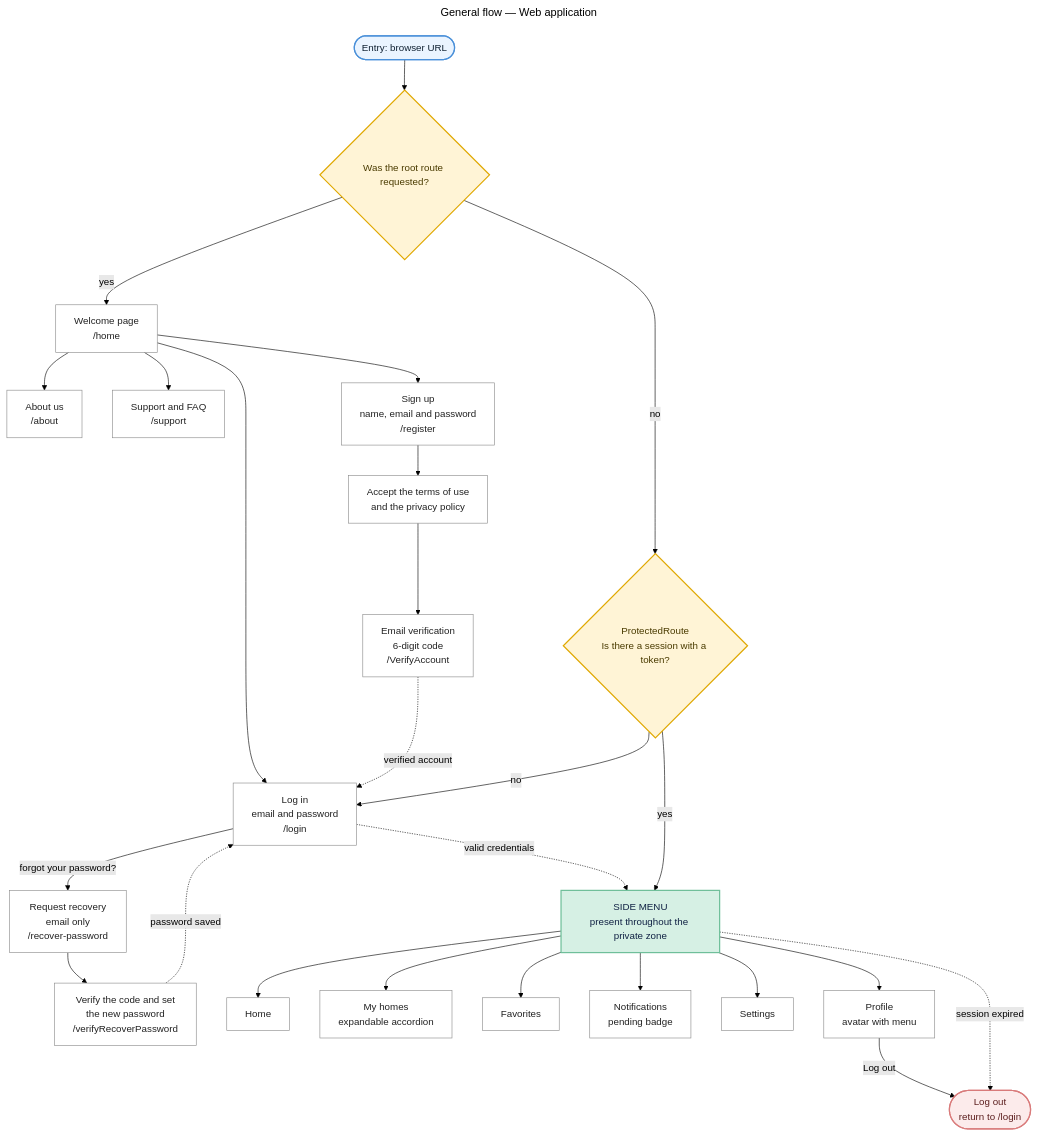
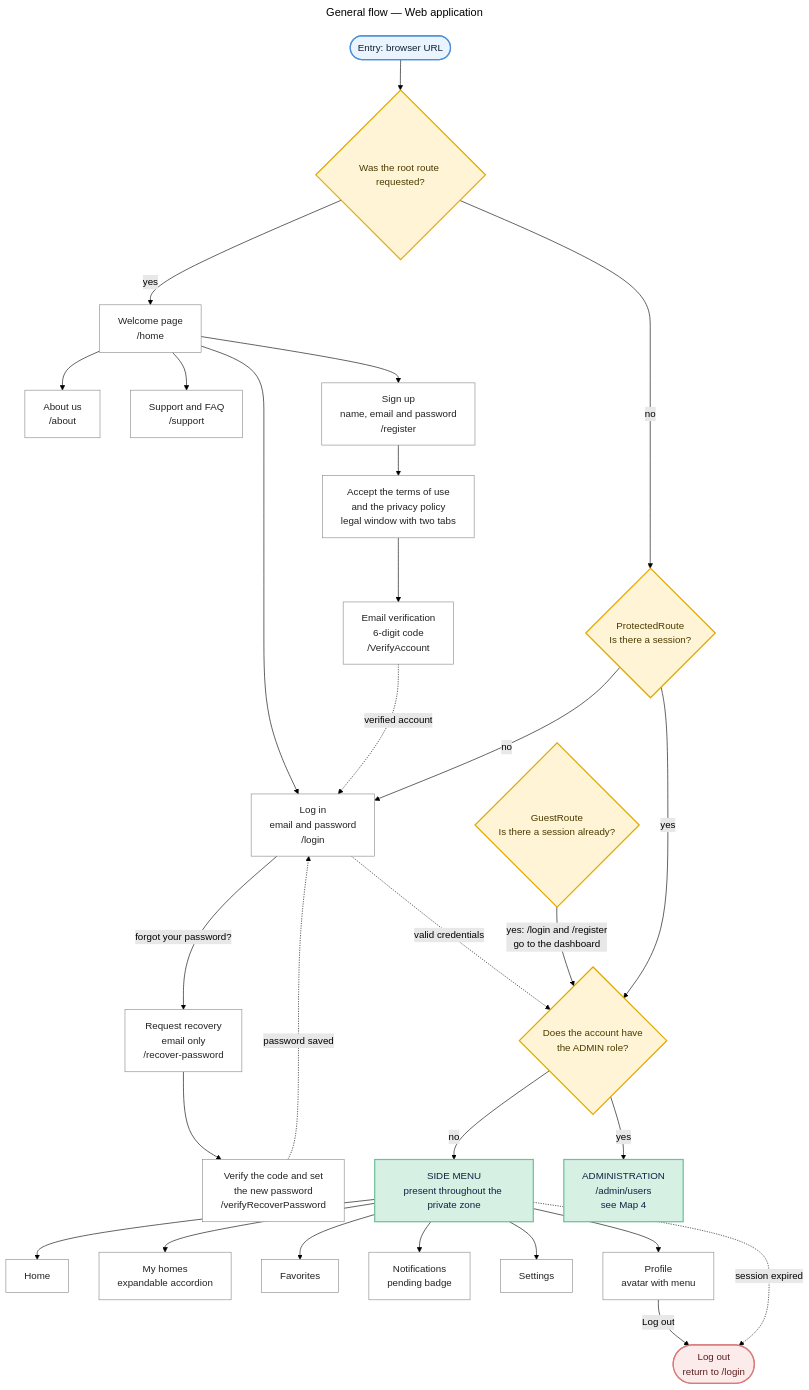
The first of 4 diagrams in 03-analisis-software/EN/navigation/web-navigation-map.md (Juan-Cortes2045/energy-monitor-docs-final), drawn with Mermaid (forest theme) before and after one commit. The commit also changed other lines of this file and 7 other files, not shown here.

````diff
--- a/03-analisis-software/EN/navigation/web-navigation-map.md
+++ b/03-analisis-software/EN/navigation/web-navigation-map.md
@@ -13,72 +13,79 @@
 ```mermaid
 ---
 title: General flow — Web application
 ---
 flowchart TD
 
   START([" Entry: browser URL "])
   REDIR{"Was the root route requested?"}
   START --> REDIR
   REDIR -->|"yes"| HOME
   REDIR -->|no| GUARD
 
   HOME["Welcome page<br/>/home"]
   ABOUT["About us<br/>/about"]
   SUPPORT["Support and FAQ<br/>/support"]
 
   HOME --> ABOUT
   HOME --> SUPPORT
   HOME --> LOGIN
   HOME --> REG
 
   LOGIN["Log in<br/>email and password<br/>/login"]
   REG["Sign up<br/>name, email and password<br/>/register"]
-  LEGAL["Accept the terms of use<br/>and the privacy policy"]
+  LEGAL["Accept the terms of use<br/>and the privacy policy<br/>legal window with two tabs"]
   VERIFY["Email verification<br/>6-digit code<br/>/VerifyAccount"]
   FORGOT["Request recovery<br/>email only<br/>/recover-password"]
   VRESET["Verify the code and set<br/>the new password<br/>/verifyRecoverPassword"]
 
   REG --> LEGAL
   LEGAL --> VERIFY
   LOGIN -->|"forgot your password?"| FORGOT
   FORGOT --> VRESET
 
   VERIFY -.->|"verified account"| LOGIN
   VRESET -.->|"password saved"| LOGIN
-  LOGIN -.->|"valid credentials"| SIDE
+  LOGIN -.->|"valid credentials"| ROLE
 
-  GUARD{"ProtectedRoute<br/>Is there a session with a token?"}
+  GUEST{"GuestRoute<br/>Is there a session already?"}
+  GUEST -->|"yes: /login and /register<br/>go to the dashboard"| ROLE
+
+  GUARD{"ProtectedRoute<br/>Is there a session?"}
   GUARD -->|no| LOGIN
-  GUARD -->|yes| SIDE
+  GUARD -->|yes| ROLE
+  ROLE{"Does the account have<br/>the ADMIN role?"}
+  ROLE -->|no| SIDE
+  ROLE -->|yes| ADMIN
+  ADMIN["ADMINISTRATION<br/>/admin/users<br/>see Map 4"]
 
   SIDE["SIDE MENU<br/>present throughout the private zone"]
 
   NINICIO["Home"]
   NHOGAR["My homes<br/>expandable accordion"]
   NFAV["Favorites"]
   NNOTIF["Notifications<br/>pending badge"]
   NSET["Settings"]
   NPERFIL["Profile<br/>avatar with menu"]
 
   SIDE --> NINICIO
   SIDE --> NHOGAR
   SIDE --> NFAV
   SIDE --> NNOTIF
   SIDE --> NSET
   SIDE --> NPERFIL
 
   NPERFIL -->|"Log out"| LOGOUT
   SIDE -.->|"session expired"| LOGOUT
   LOGOUT(["Log out<br/>return to /login"])
 
   START:::start
   LOGOUT:::exit
   classDef start fill:#eaf4ff,stroke:#4a90d9,stroke-width:2px,color:#123;
   classDef exit fill:#fcebeb,stroke:#d97b7b,stroke-width:2px,color:#5c1f1f;
-  class SIDE module
+  class SIDE,ADMIN module
   classDef module fill:#d6f0e4,stroke:#6fbf9a,stroke-width:2px,color:#124;
-  class REDIR,GUARD guard
+  class REDIR,GUARD,GUEST,ROLE guard
   classDef guard fill:#fff4d6,stroke:#e0a800,stroke-width:2px,color:#4a3b00;
   class HOME,ABOUT,SUPPORT,LOGIN,REG,LEGAL,VERIFY,FORGOT,VRESET,NINICIO,NHOGAR,NFAV,NNOTIF,NSET,NPERFIL screen
   classDef screen fill:#ffffff,stroke:#8a8a8a,color:#222;
 ```
````
